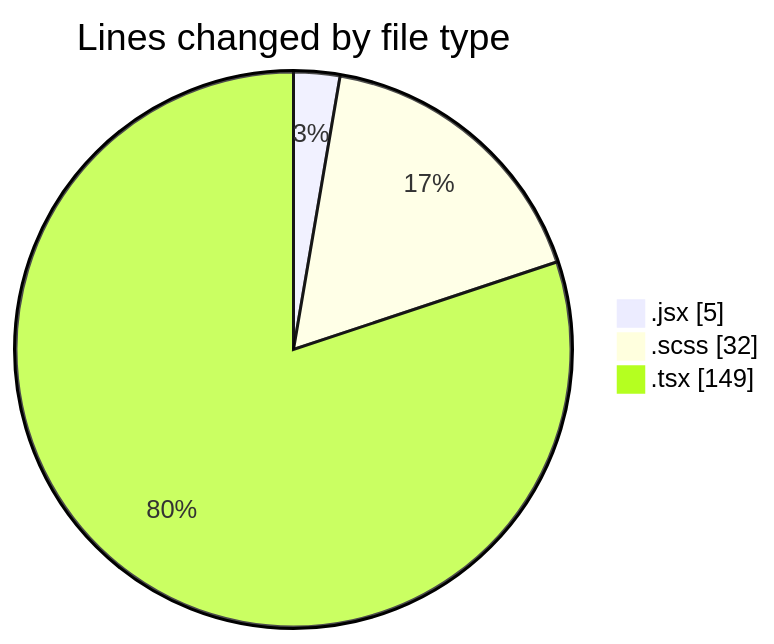
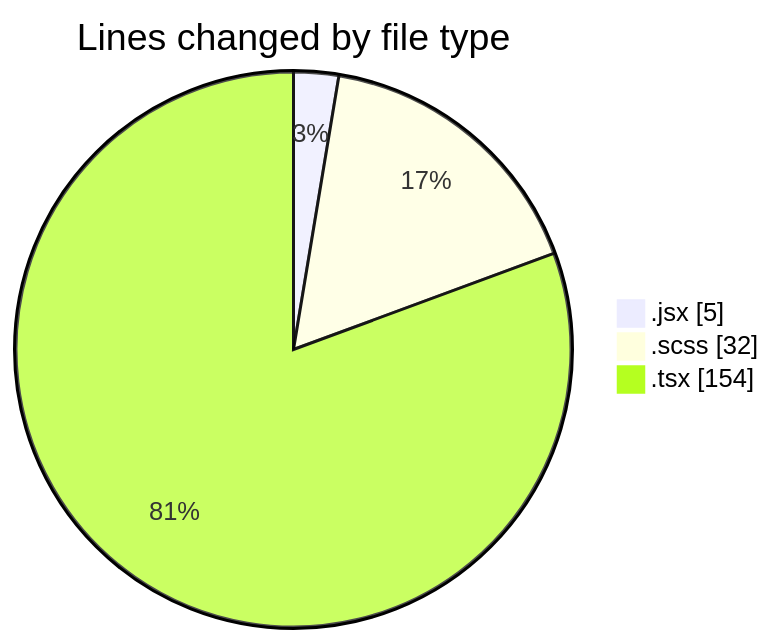
The first of 2 diagrams in 2025-06-06/cda/README.md (momahboobian/code-tracking), drawn with Mermaid before and after one commit. The commit also changed other lines of this file and 1 other file, not shown here.

````diff
--- a/2025-06-06/cda/README.md
+++ b/2025-06-06/cda/README.md
@@ -23,7 +23,7 @@
 ```mermaid
 pie showData
 title Lines changed by file type
 ".jsx" : 5
 ".scss" : 32
-".tsx" : 149
+".tsx" : 154
 ```
````
